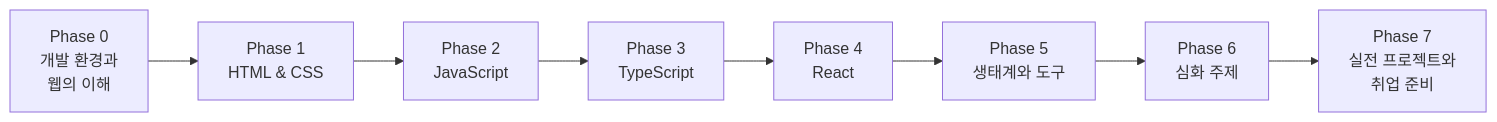
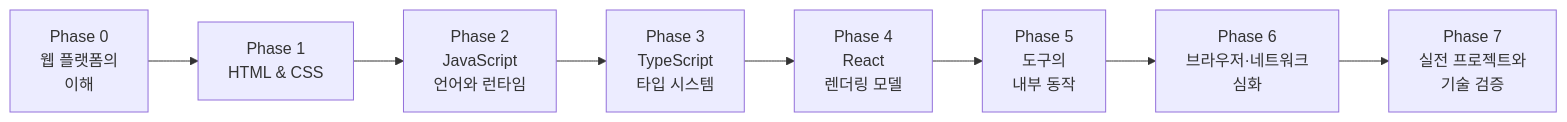
The diagram in ROADMAP.md (lee-gyu/web-fe-roadmap-study), drawn with Mermaid before and after one commit. The commit also changed other lines of this file and 2 other files, not shown here.

Commit message:
CLAUDE.md, ROADMAP.md 업데이트 (조금 더 높은 수준으로)

````diff
--- a/ROADMAP.md
+++ b/ROADMAP.md
@@ -30,10 +30,10 @@
 ```mermaid
 flowchart LR
-    P0["Phase 0<br/>개발 환경과<br/>웹의 이해"] --> P1["Phase 1<br/>HTML & CSS"]
-    P1 --> P2["Phase 2<br/>JavaScript"]
-    P2 --> P3["Phase 3<br/>TypeScript"]
-    P3 --> P4["Phase 4<br/>React"]
-    P4 --> P5["Phase 5<br/>생태계와 도구"]
-    P5 --> P6["Phase 6<br/>심화 주제"]
-    P6 --> P7["Phase 7<br/>실전 프로젝트와<br/>취업 준비"]
+    P0["Phase 0<br/>웹 플랫폼의<br/>이해"] --> P1["Phase 1<br/>HTML & CSS"]
+    P1 --> P2["Phase 2<br/>JavaScript<br/>언어와 런타임"]
+    P2 --> P3["Phase 3<br/>TypeScript<br/>타입 시스템"]
+    P3 --> P4["Phase 4<br/>React<br/>렌더링 모델"]
+    P4 --> P5["Phase 5<br/>도구의<br/>내부 동작"]
+    P5 --> P6["Phase 6<br/>브라우저·네트워크<br/>심화"]
+    P6 --> P7["Phase 7<br/>실전 프로젝트와<br/>기술 검증"]
 ```
````
